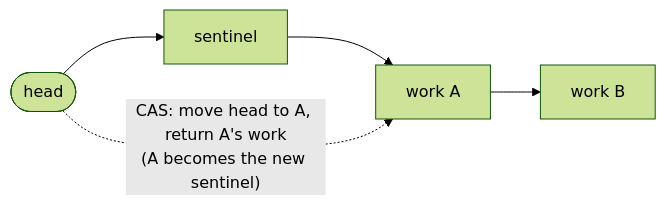
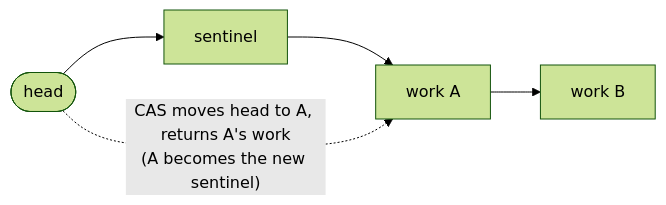
Before and after one commit to joshuay03/raptor: the seventh of 18 diagrams in docs/talk.md, drawn with Mermaid (forest theme). The commit also changed other lines of this file and 3 other files, not shown here.

````diff
--- a/docs/talk.md
+++ b/docs/talk.md
@@ -514,5 +517,5 @@
 ```mermaid
 flowchart LR
     H(["head"]) --> S["sentinel"] --> A["work A"] --> B["work B"]
-    H -. "CAS: move head to A, return A's work<br/>(A becomes the new sentinel)" .-> A
+    H -. "CAS moves head to A, returns A's work<br/>(A becomes the new sentinel)" .-> A
 ```
````
